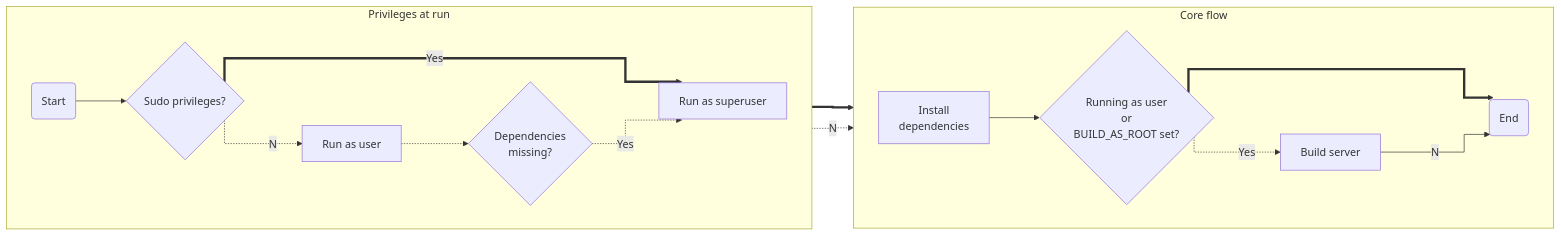
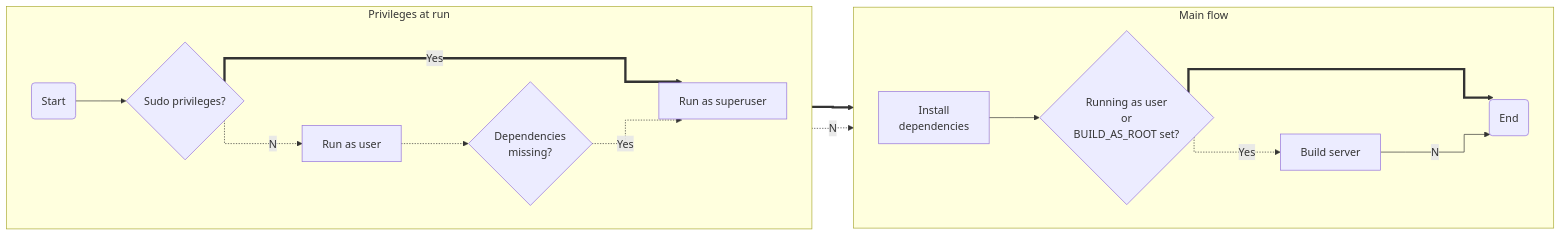
Before and after one commit to mithril-security/bastionlab: the diagram in docs/docs/getting-started/installation.md, drawn with Mermaid. The commit also changed other lines of this file, not shown here.

````diff
--- a/docs/docs/getting-started/installation.md
+++ b/docs/docs/getting-started/installation.md
@@ -121,21 +158,21 @@
 ```mermaid
 %%{ init: { 'flowchart': { 'curve': 'stepBefore' } } }%%
 flowchart LR
     subgraph Privileges at run
         direction LR
         z(Start) --> a
         a{Sudo privileges?} ==Yes==> b[Run as superuser]
         a -.No.-> c[Run as user] -.-> d{Dependencies\nmissing?}
         d -.Yes.-> b
     end
-    subgraph Core flow
+    subgraph Main flow
         direction LR
         A[Install\ndependencies] --> D{Running as user\nor\nBUILD_AS_ROOT set?}
         D -.Yes.-> B
         B[Build server]
         D ==> C(End)
         B --No--> C
     end
         b ==> A
         d -.No.-> B
 ```
````
